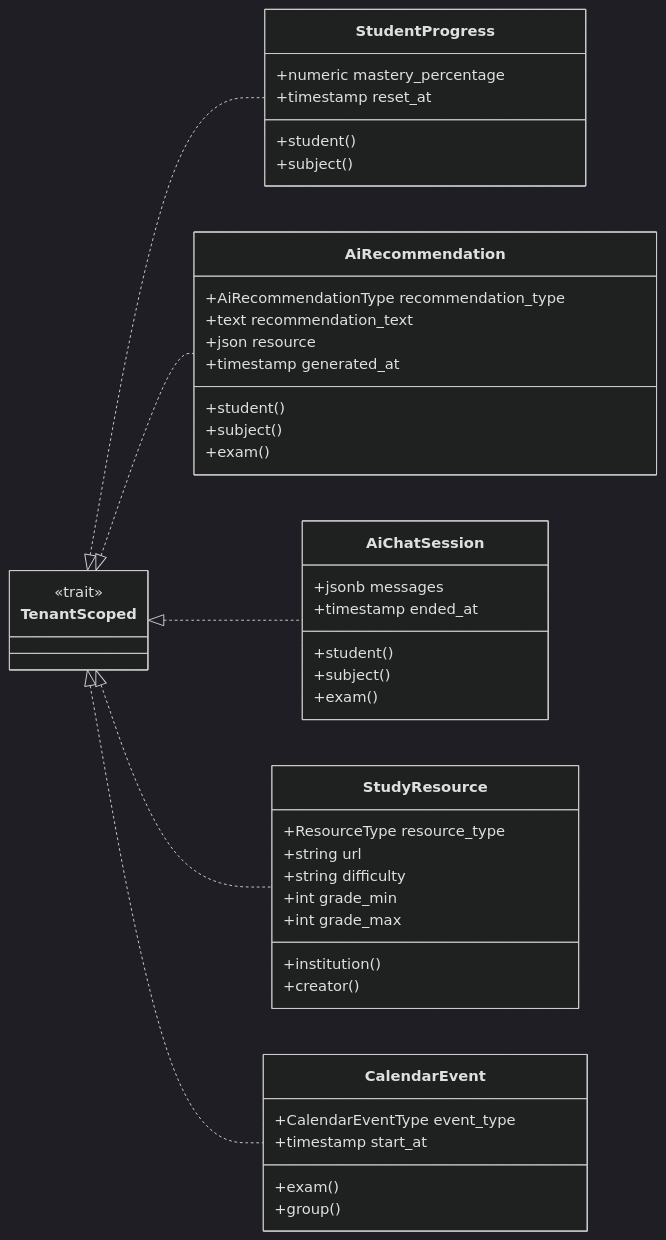
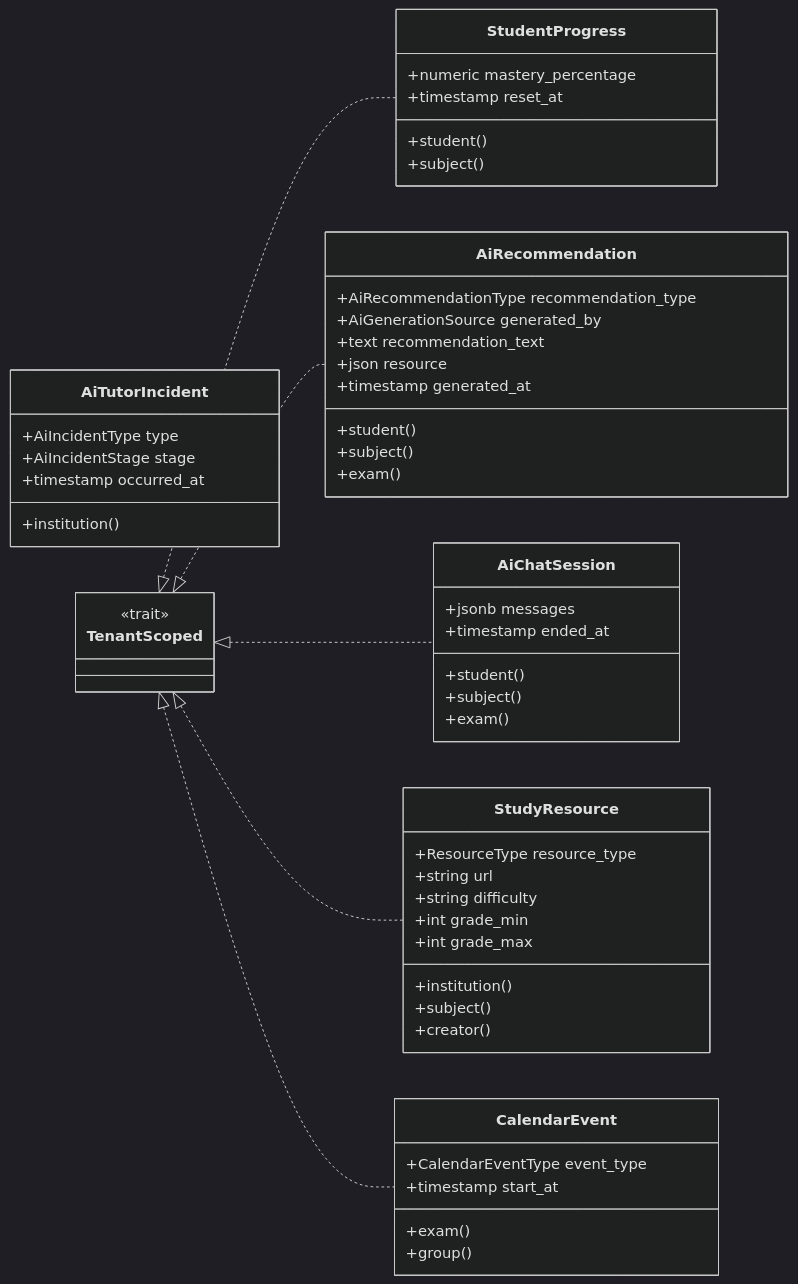
The eighth of 16 diagrams in docs/DIAGRAMAS.md (Infil505/NeoEduCore-Back), drawn with Mermaid (dark theme) before and after one commit. The commit also changed other lines of this file and 45 other files, not shown here.

````diff
--- a/docs/DIAGRAMAS.md
+++ b/docs/DIAGRAMAS.md
@@ -625,51 +659,59 @@
 ```mermaid
 classDiagram
     direction LR
 
     class StudentProgress {
         +numeric mastery_percentage
         +timestamp reset_at
         +student()
         +subject()
     }
     class AiRecommendation {
         +AiRecommendationType recommendation_type
+        +AiGenerationSource generated_by
         +text recommendation_text
         +json resource
         +timestamp generated_at
         +student()
         +subject()
         +exam()
     }
     class AiChatSession {
         +jsonb messages
         +timestamp ended_at
         +student()
         +subject()
         +exam()
     }
+    class AiTutorIncident {
+        +AiIncidentType type
+        +AiIncidentStage stage
+        +timestamp occurred_at
+        +institution()
+    }
     class StudyResource {
         +ResourceType resource_type
         +string url
         +string difficulty
         +int grade_min
         +int grade_max
         +institution()
+        +subject()
         +creator()
     }
     class CalendarEvent {
         +CalendarEventType event_type
         +timestamp start_at
         +exam()
         +group()
     }
     class TenantScoped {
         <<trait>>
     }
 
     TenantScoped <|.. StudentProgress
     TenantScoped <|.. AiRecommendation
     TenantScoped <|.. AiChatSession
     TenantScoped <|.. StudyResource
     TenantScoped <|.. CalendarEvent
 ```
````
